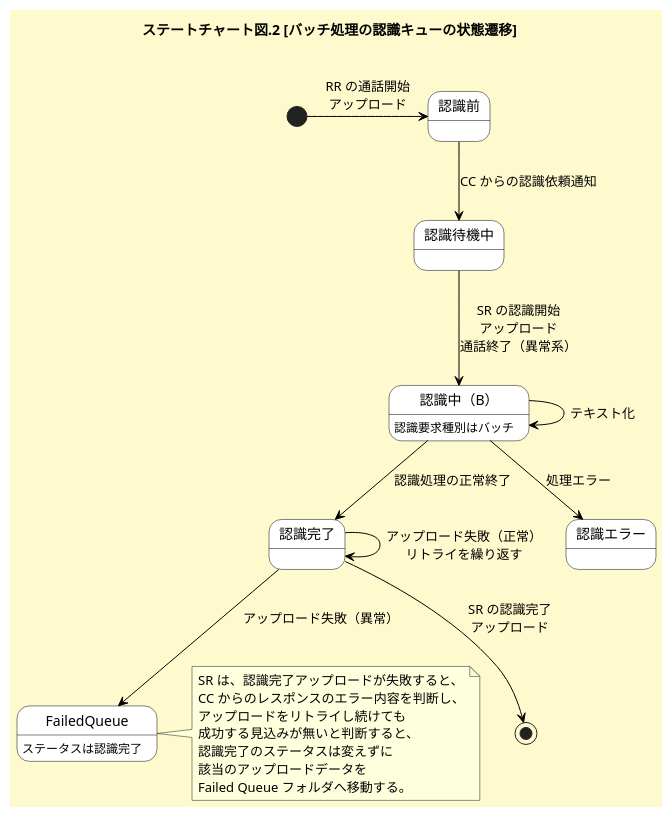
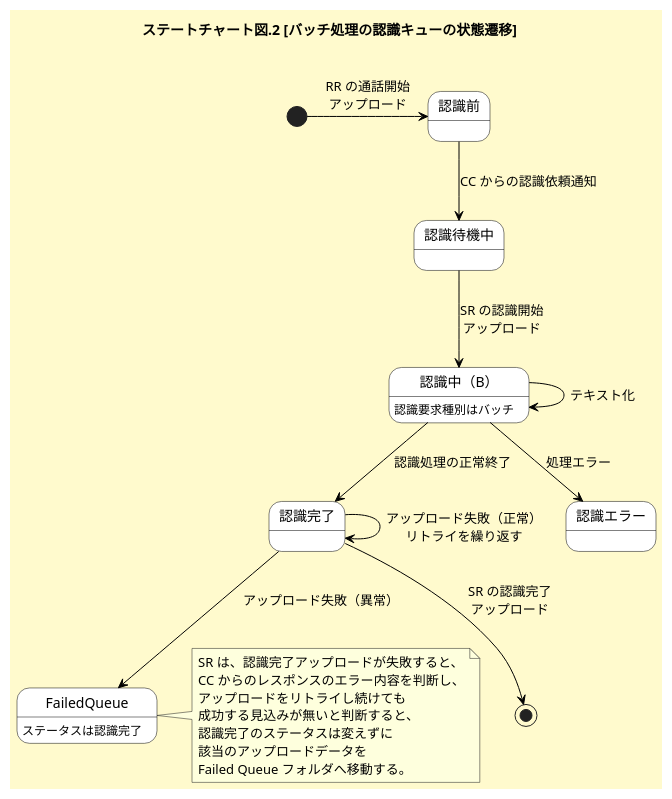
Before and after one commit to ytakagi-ponkotsu/function: the sixth of 6 diagrams in 詳解 Communication Suite 機能編.md, drawn with PlantUML. The commit also changed other lines of this file, not shown here.

```diff
--- a/詳解 Communication Suite 機能編.md
+++ b/詳解 Communication Suite 機能編.md
@@ -2809,38 +2812,38 @@
 	@startuml
 
 	skinparam {
 		shadowing false
 		defaultFontName "Segoe UI, BIZ UDPゴシック, sans-serif"
 		BackgroundColor #fffacd
 		StateBackgroundColor white
 		ParticipantBorderColor black
 		ArrowColor black
 		StateBorderColor black
 	}
 
 	title ステートチャート図.2 [バッチ処理の認識キューの状態遷移]\n
 
 	[*] -> 認識前 : RR の通話開始\nアップロード
 	認識前 --> 認識待機中 : CC からの認識依頼通知
 	state "認識中（B）" as バッチ
-	認識待機中 --> バッチ : SR の認識開始\nアップロード\n通話終了（異常系）
+	認識待機中 --> バッチ : SR の認識開始\nアップロード
 	バッチ : 認識要求種別はバッチ
 	バッチ --> バッチ : テキスト化
 	バッチ --> 認識完了 : 認識処理の正常終了
 	認識完了 --> [*] : SR の認識完了\nアップロード
 	認識完了 --> FailedQueue : アップロード失敗（異常）
 	FailedQueue : ステータスは認識完了
 	認識完了 --> 認識完了 : アップロード失敗（正常）\nリトライを繰り返す
 	バッチ --> 認識エラー : 処理エラー
 
 	note right of FailedQueue
 	  SR は、認識完了アップロードが失敗すると、
 	  CC からのレスポンスのエラー内容を判断し、
 	  アップロードをリトライし続けても
 	  成功する見込みが無いと判断すると、
 	  認識完了のステータスは変えずに
 	  該当のアップロードデータを
 	  Failed Queue フォルダへ移動する。
 	end note
 
 	@enduml
```
